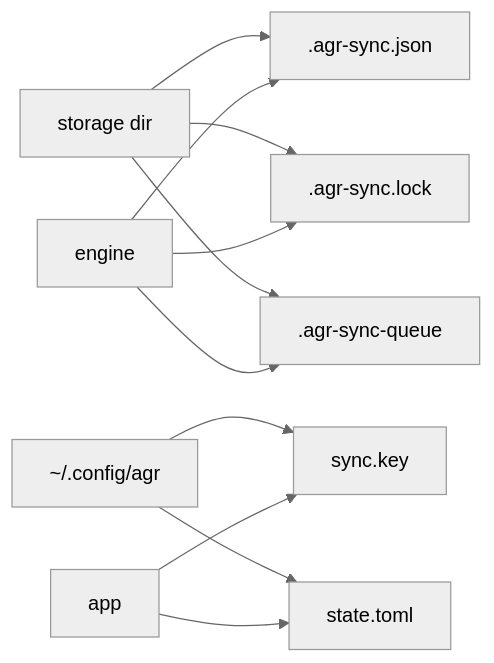
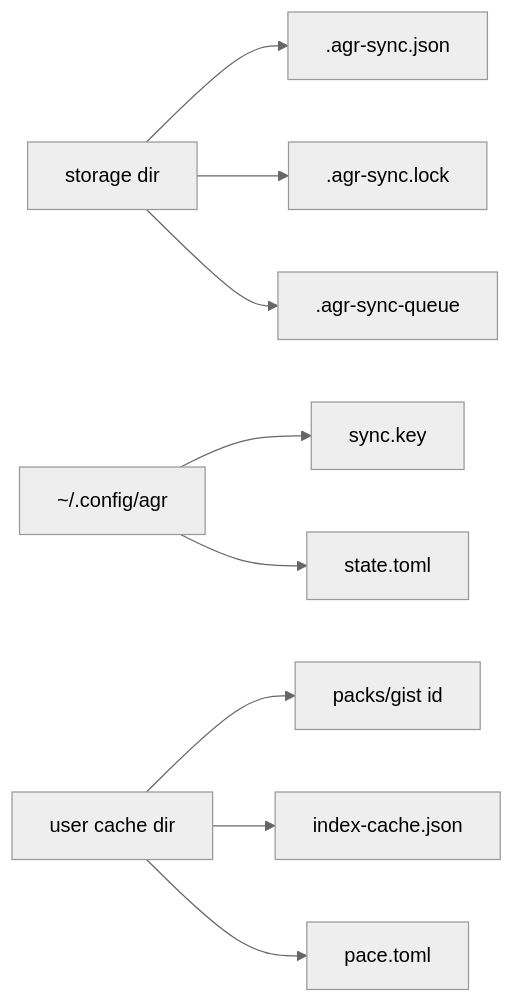
The sixth of 7 diagrams in docs/architecture/sync.md (thiscantbeserious/agent-session-recorder), drawn with Mermaid (neutral theme) before and after one commit. The commit also changed other lines of this file and 6 other files, not shown here.

First line of the commit message:
docs(docs): sync architecture, user page, command wiki with intro, configuration, COMMANDS, man pages and README for packs

````diff
--- a/docs/architecture/sync.md
+++ b/docs/architecture/sync.md
@@ -324,13 +191,11 @@
 ```mermaid
 flowchart LR
     storage[storage dir] --> index[.agr-sync.json]
     storage --> lock[.agr-sync.lock]
     storage --> queue[.agr-sync-queue]
     config[~/.config/agr] --> key[sync.key]
     config --> state[state.toml]
-    engine --> index
-    engine --> lock
-    engine --> queue
-    app --> key
-    app --> state
+    cache[user cache dir] --> clone[packs/gist id]
+    cache --> icache[index-cache.json]
+    cache --> pace[pace.toml]
 ```
````
